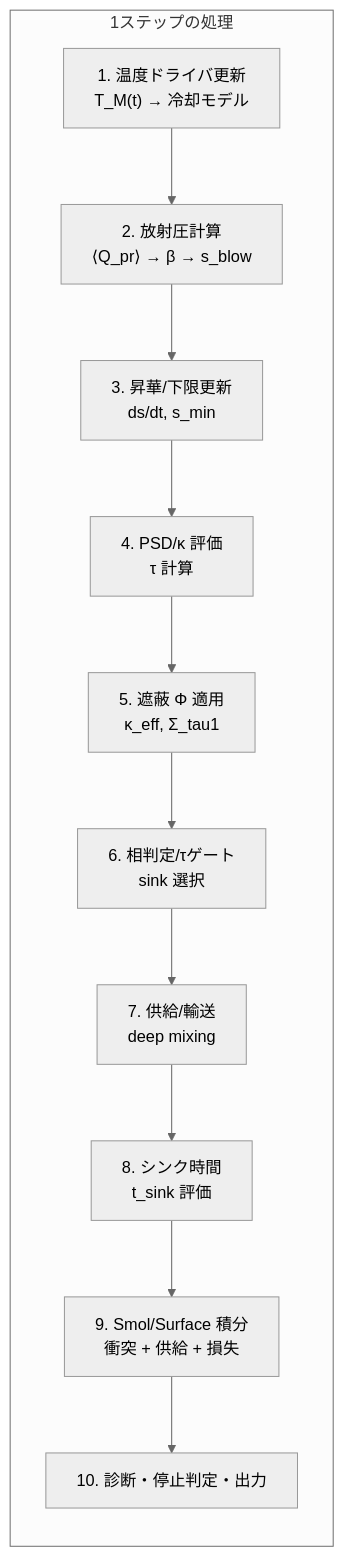
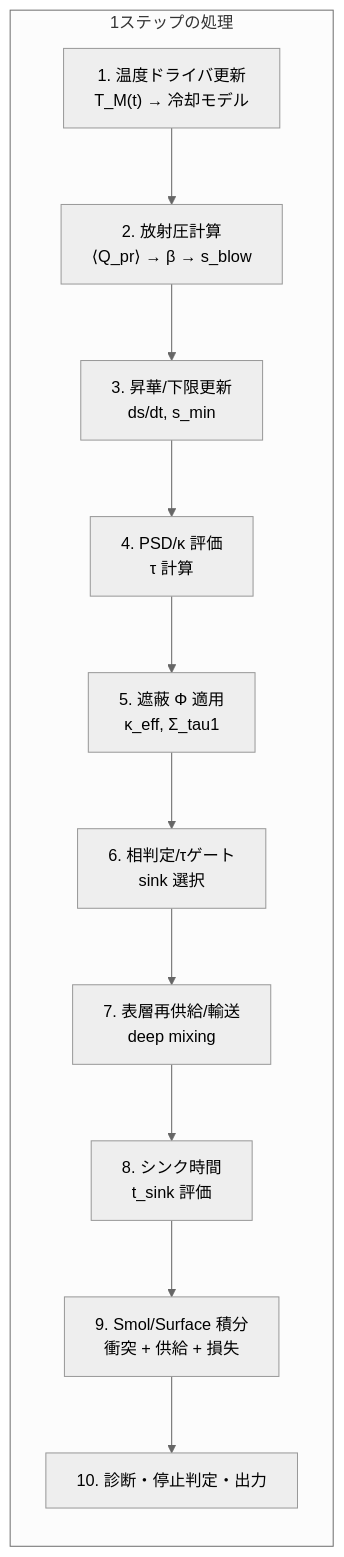
The second of 7 diagrams in analysis/methods.md (Einfeld686/MarsDiskSimulation), drawn with Mermaid (neutral theme) before and after one commit. The commit also changed other lines of this file and 1 other file, not shown here.

````diff
--- a/analysis/methods.md
+++ b/analysis/methods.md
@@ -109,19 +109,19 @@
 ```mermaid
 flowchart LR
     subgraph STEP["1ステップの処理"]
         direction TB
         
         S1["1. 温度ドライバ更新<br/>T_M(t) → 冷却モデル"]
         S2["2. 放射圧計算<br/>⟨Q_pr⟩ → β → s_blow"]
         S3["3. 昇華/下限更新<br/>ds/dt, s_min"]
         S4["4. PSD/κ 評価<br/>τ 計算"]
         S5["5. 遮蔽 Φ 適用<br/>κ_eff, Σ_tau1"]
         S6["6. 相判定/τゲート<br/>sink 選択"]
-        S7["7. 供給/輸送<br/>deep mixing"]
+        S7["7. 表層再供給/輸送<br/>deep mixing"]
         S8["8. シンク時間<br/>t_sink 評価"]
         S9["9. Smol/Surface 積分<br/>衝突 + 供給 + 損失"]
         S10["10. 診断・停止判定・出力"]
         
         S1 --> S2 --> S3 --> S4 --> S5 --> S6 --> S7 --> S8 --> S9 --> S10
     end
 ```
````
